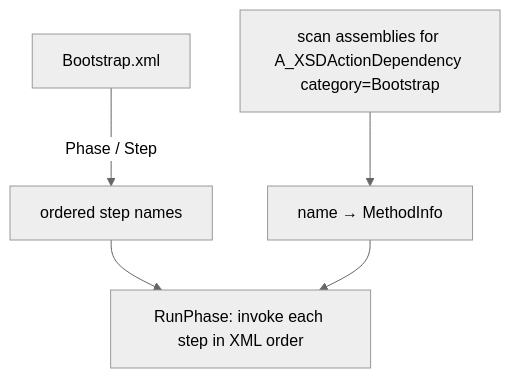
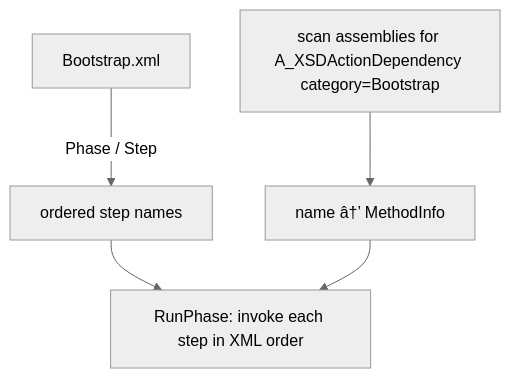
One commit to NexerG/Project-Aurora changed the diagram in DOCUMENTATION/Engine/Systems/Bootstrapper.md. Above: the diagram before and after it, drawn with Mermaid (neutral theme). The commit also changed other lines of this file and 54 other files, not shown here.

````diff
--- a/DOCUMENTATION/Engine/Systems/Bootstrapper.md
+++ b/DOCUMENTATION/Engine/Systems/Bootstrapper.md
@@ -27,7 +27,7 @@
 ```mermaid
 graph TD
   XML[Bootstrap.xml] -->|Phase / Step| Steps[ordered step names]
-  Reflect[scan assemblies for A_XSDActionDependency category=Bootstrap] --> Map[name → MethodInfo]
+  Reflect[scan assemblies for A_XSDActionDependency category=Bootstrap] --> Map[name â†’ MethodInfo]
   Steps --> Run[RunPhase: invoke each step in XML order]
   Map --> Run
 ```
````
